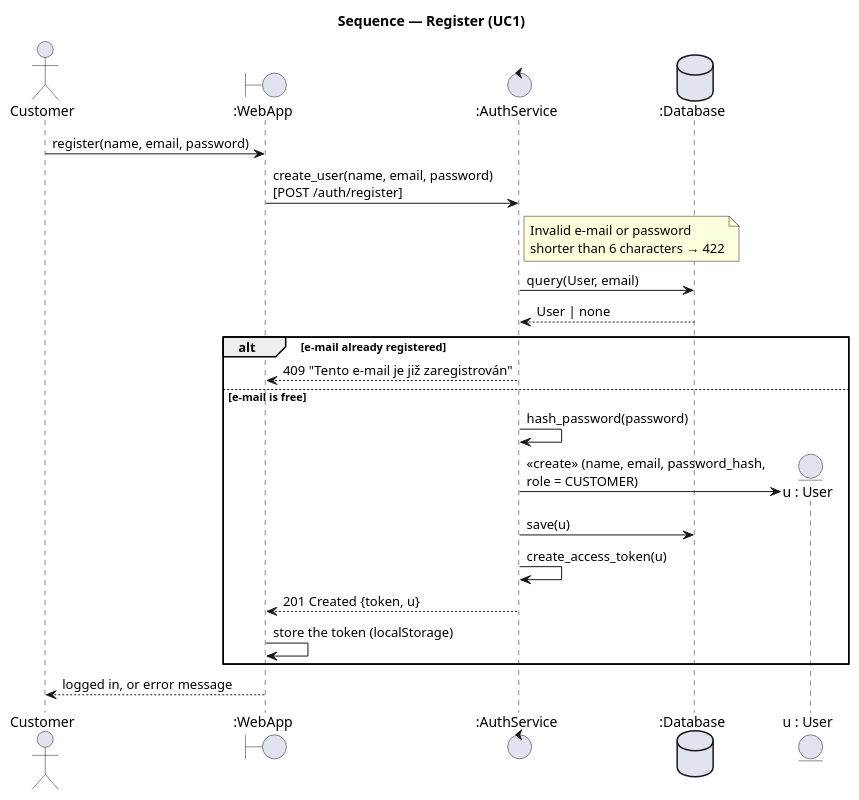
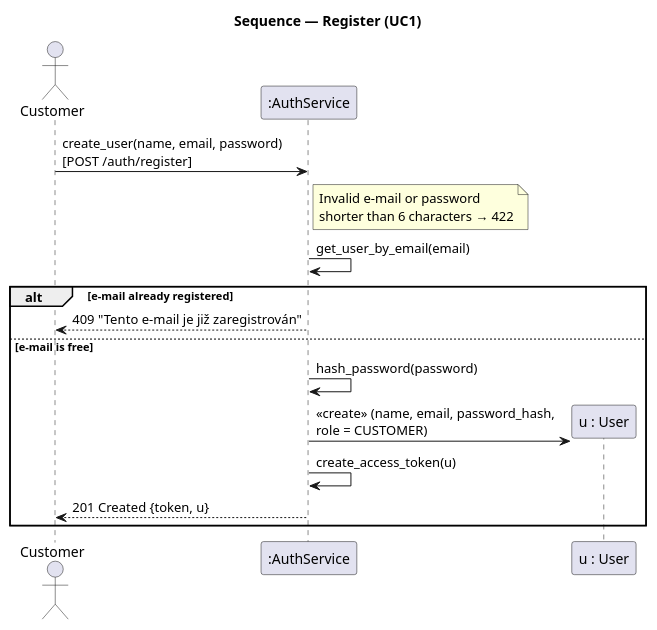
Before and after one commit to DavidMagyarics/CarRentalVSB: the diagram in docs/diagrams/sequence-register.puml, drawn with PlantUML. The commit also changed 13 other files, not shown here.

Commit message:
docs: draw the sequence diagrams in the lecture style, with the domain objects as the main participants

```diff
--- a/docs/diagrams/sequence-register.puml
+++ b/docs/diagrams/sequence-register.puml
@@ -1,34 +1,26 @@
 @startuml sequence-register
 skinparam backgroundColor white
 skinparam responseMessageBelowArrow true
 skinparam maxMessageSize 260
 title Sequence — Register (UC1)
 actor Customer
-boundary ":WebApp" as Web
-control ":AuthService" as Auth
-database ":Database" as DB
-entity "u : User" as U
+participant ":AuthService" as Auth
+participant "u : User" as U
 
-Customer -> Web : register(name, email, password)
-Web -> Auth : create_user(name, email, password)\n[POST /auth/register]
+Customer -> Auth : create_user(name, email, password)\n[POST /auth/register]
 note right of Auth
   Invalid e-mail or password
   shorter than 6 characters → 422
 end note
-Auth -> DB : query(User, email)
-DB --> Auth : User | none
+Auth -> Auth : get_user_by_email(email)
 
 alt e-mail already registered
-  Auth --> Web : 409 "Tento e-mail je již zaregistrován"
+  Auth --> Customer : 409 "Tento e-mail je již zaregistrován"
 else e-mail is free
   Auth -> Auth : hash_password(password)
   create U
   Auth -> U : <<create>> (name, email, password_hash,\nrole = CUSTOMER)
-  Auth -> DB : save(u)
   Auth -> Auth : create_access_token(u)
-  Auth --> Web : 201 Created {token, u}
-  Web -> Web : store the token (localStorage)
+  Auth --> Customer : 201 Created {token, u}
 end
-
-Web --> Customer : logged in, or error message
 @enduml
```
